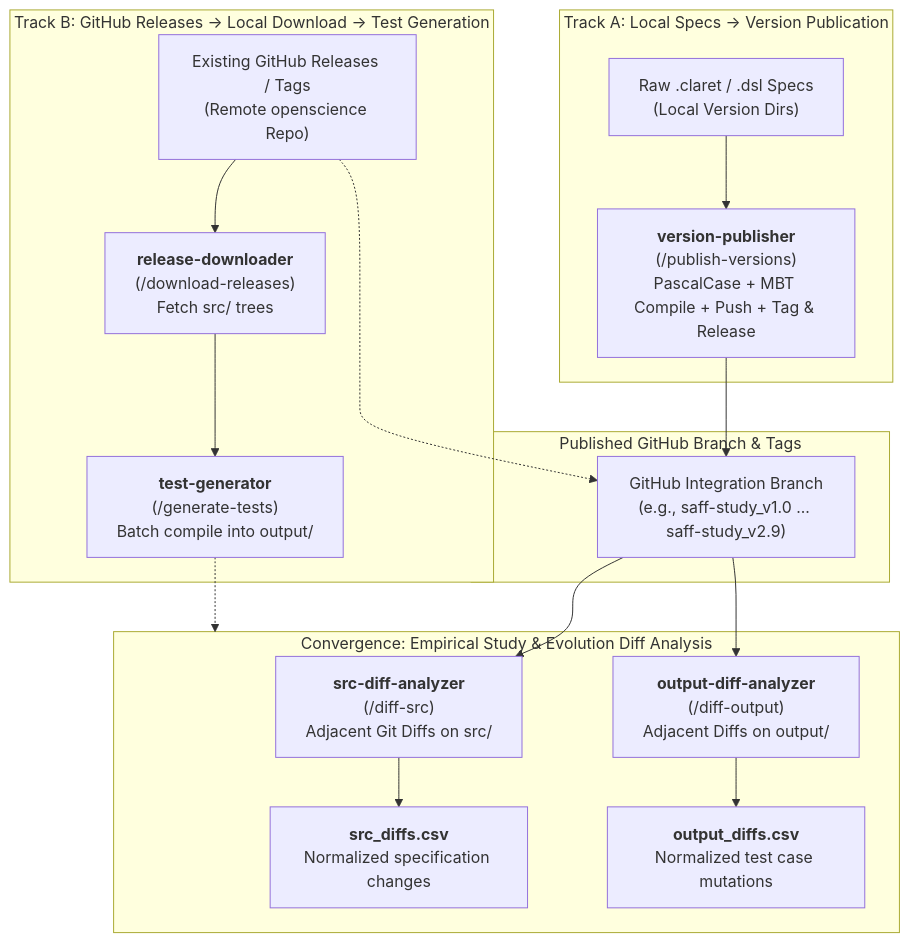
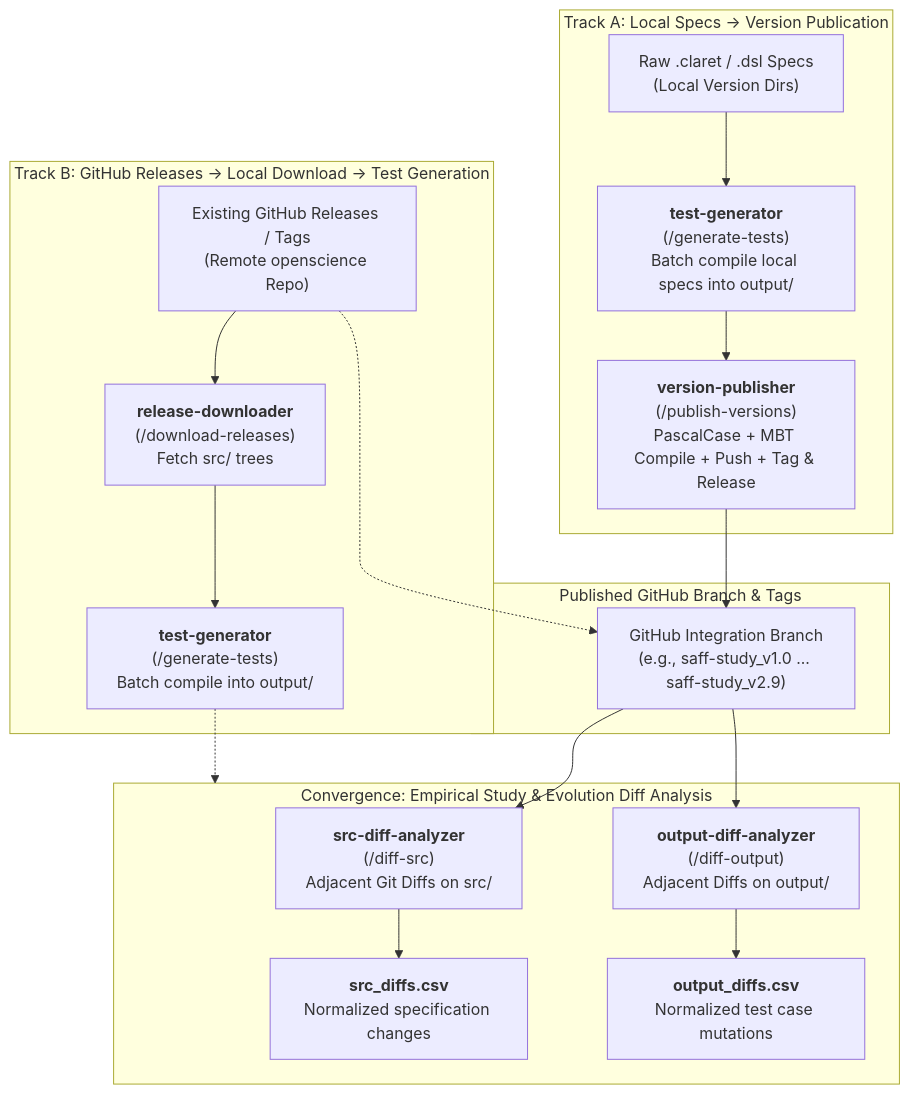
The second of 2 diagrams in README.md (diegoquirino/openscience), drawn with Mermaid before and after one commit. The commit also changed other lines of this file and 11 other files, not shown here.

````diff
--- a/README.md
+++ b/README.md
@@ -44,37 +44,38 @@
 ```mermaid
 graph TD
     subgraph TrackA ["Track A: Local Specs -> Version Publication"]
         A1["Raw .claret / .dsl Specs<br/>(Local Version Dirs)"]
-        A2["<b>version-publisher</b><br/>(/publish-versions)<br/>PascalCase + MBT Compile + Push + Tag & Release"]
-        A1 --> A2
+        A2["<b>test-generator</b><br/>(/generate-tests)<br/>Batch compile local specs into output/"]
+        A3["<b>version-publisher</b><br/>(/publish-versions)<br/>PascalCase + MBT Compile + Push + Tag & Release"]
+        A1 --> A2 --> A3
     end
 
     subgraph TrackB ["Track B: GitHub Releases -> Local Download -> Test Generation"]
         B1["Existing GitHub Releases / Tags<br/>(Remote openscience Repo)"]
         B2["<b>release-downloader</b><br/>(/download-releases)<br/>Fetch src/ trees"]
         B3["<b>test-generator</b><br/>(/generate-tests)<br/>Batch compile into output/"]
         B1 --> B2 --> B3
     end
 
     subgraph GitHubBranch ["Published GitHub Branch & Tags"]
         GH["GitHub Integration Branch<br/>(e.g., saff-study_v1.0 ... saff-study_v2.9)"]
     end
 
     subgraph DiffAnalysis ["Convergence: Empirical Study & Evolution Diff Analysis"]
         D1["<b>src-diff-analyzer</b><br/>(/diff-src)<br/>Adjacent Git Diffs on src/"]
         D2["<b>output-diff-analyzer</b><br/>(/diff-output)<br/>Adjacent Diffs on output/"]
         
         CSV1["<b>src_diffs.csv</b><br/>Normalized specification changes"]
         CSV2["<b>output_diffs.csv</b><br/>Normalized test case mutations"]
     end
 
-    A2 --> GH
+    A3 --> GH
     B1 -.-> GH
     B3 -.-> DiffAnalysis
 
     GH --> D1
     GH --> D2
 
     D1 --> CSV1
     D2 --> CSV2
 ```
````
